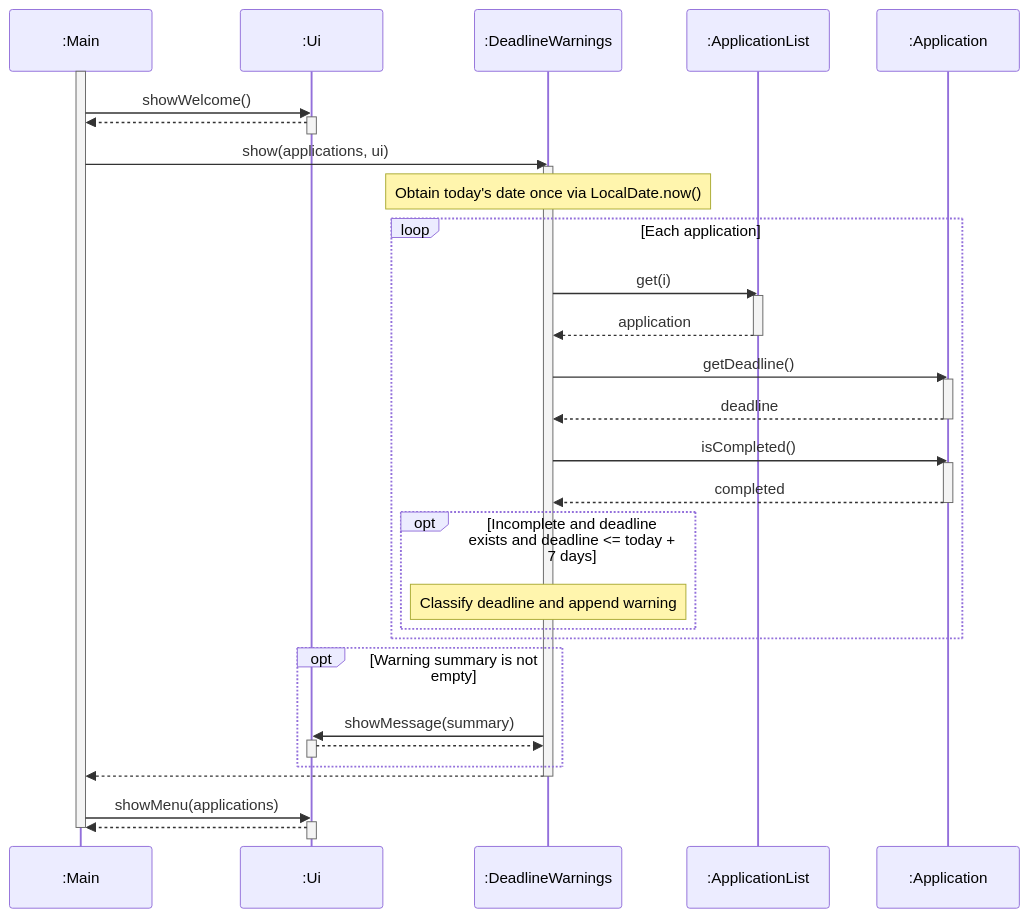
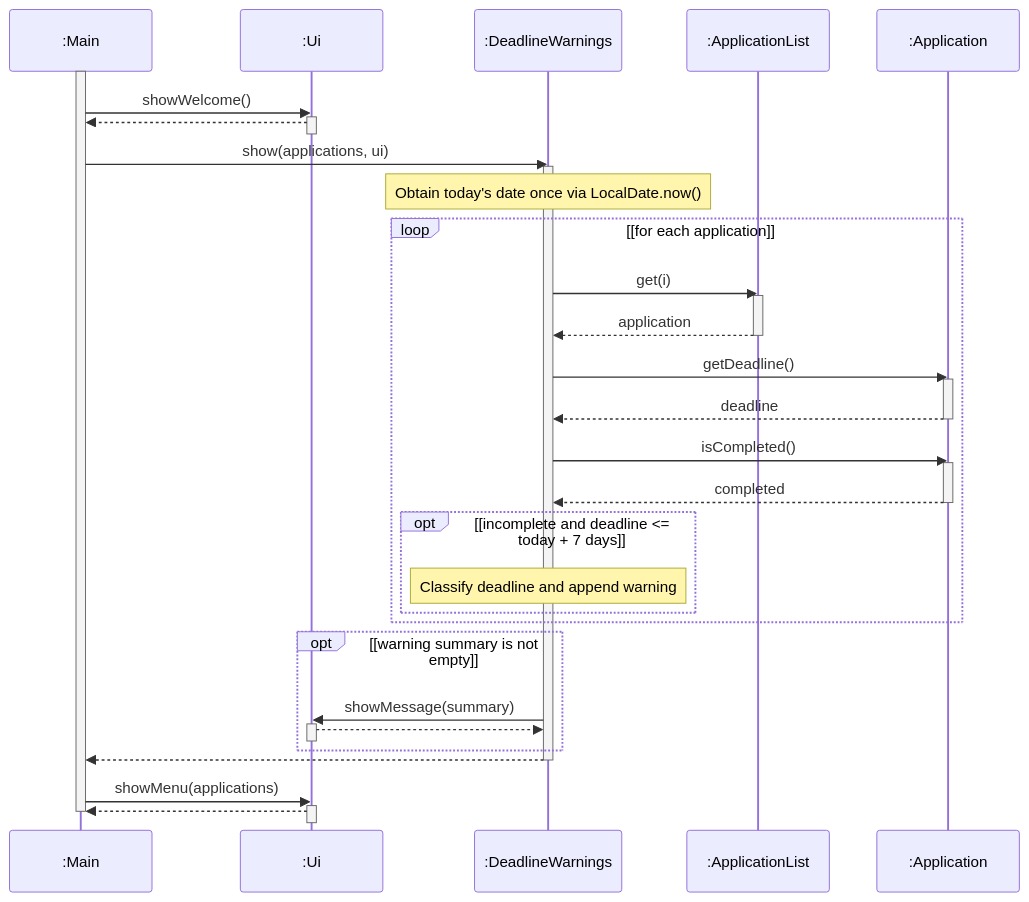
One commit to AY2627S1-CS2113-T10-2/tp changed diagram 18 of 21 in docs/DeveloperGuide.md. Above: the diagram before and after it, drawn with Mermaid. The commit also changed other lines of this file, not shown here.

First line of the commit message:
docs: align diagrams with reference guidelines and compact activity/object layouts

````diff
--- a/docs/DeveloperGuide.md
+++ b/docs/DeveloperGuide.md
@@ -1082,52 +1018,52 @@
 ```mermaid
 sequenceDiagram
     participant main as :Main
     participant ui as :Ui
     participant warnings as :DeadlineWarnings
     participant list as :ApplicationList
     participant app as :Application
 
     activate main
     main->>ui: showWelcome()
     activate ui
     ui-->>main: 
     deactivate ui
 
     main->>warnings: show(applications, ui)
     activate warnings
     Note over warnings: Obtain today's date once via LocalDate.now()
 
-    loop Each application
+    loop [for each application]
         warnings->>list: get(i)
         activate list
         list-->>warnings: application
         deactivate list
         warnings->>app: getDeadline()
         activate app
         app-->>warnings: deadline
         deactivate app
         warnings->>app: isCompleted()
         activate app
         app-->>warnings: completed
         deactivate app
 
-        opt Incomplete and deadline exists and deadline <= today + 7 days
+        opt [incomplete and deadline <= today + 7 days]
             Note over warnings: Classify deadline and append warning
         end
     end
 
-    opt Warning summary is not empty
+    opt [warning summary is not empty]
         warnings->>ui: showMessage(summary)
         activate ui
         ui-->>warnings: 
         deactivate ui
     end
 
     warnings-->>main: 
     deactivate warnings
     main->>ui: showMenu(applications)
     activate ui
     ui-->>main: 
     deactivate ui
     deactivate main
 ```
````
